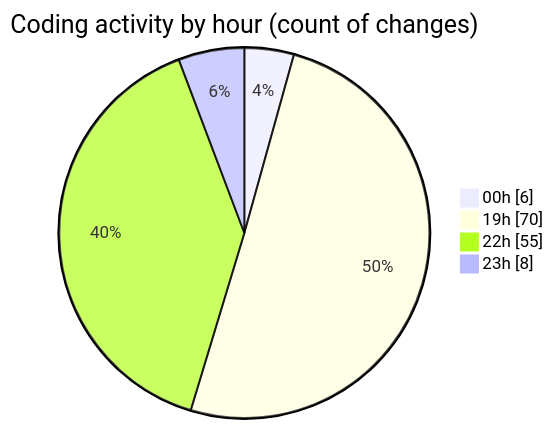
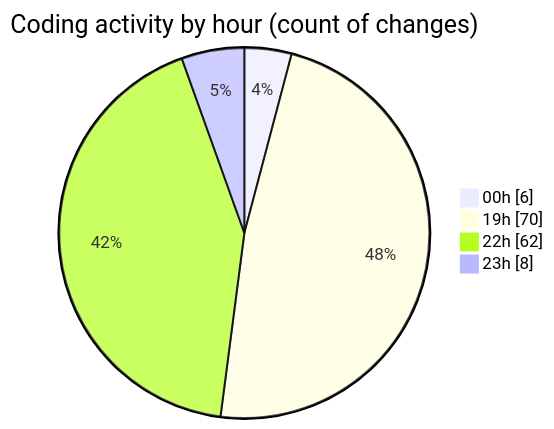
Before and after one commit to Ritupan-Deka/code-tracking: the second of 2 diagrams in 2025-08-05/javascript/README.md, drawn with Mermaid. The commit also changed other lines of this file and 1 other file, not shown here.

````diff
--- a/2025-08-05/javascript/README.md
+++ b/2025-08-05/javascript/README.md
@@ -30,8 +30,8 @@
 ```mermaid
 pie showData
 title Coding activity by hour (count of changes)
 "00h" : 6
 "19h" : 70
-"22h" : 55
+"22h" : 62
 "23h" : 8
 ```
````
